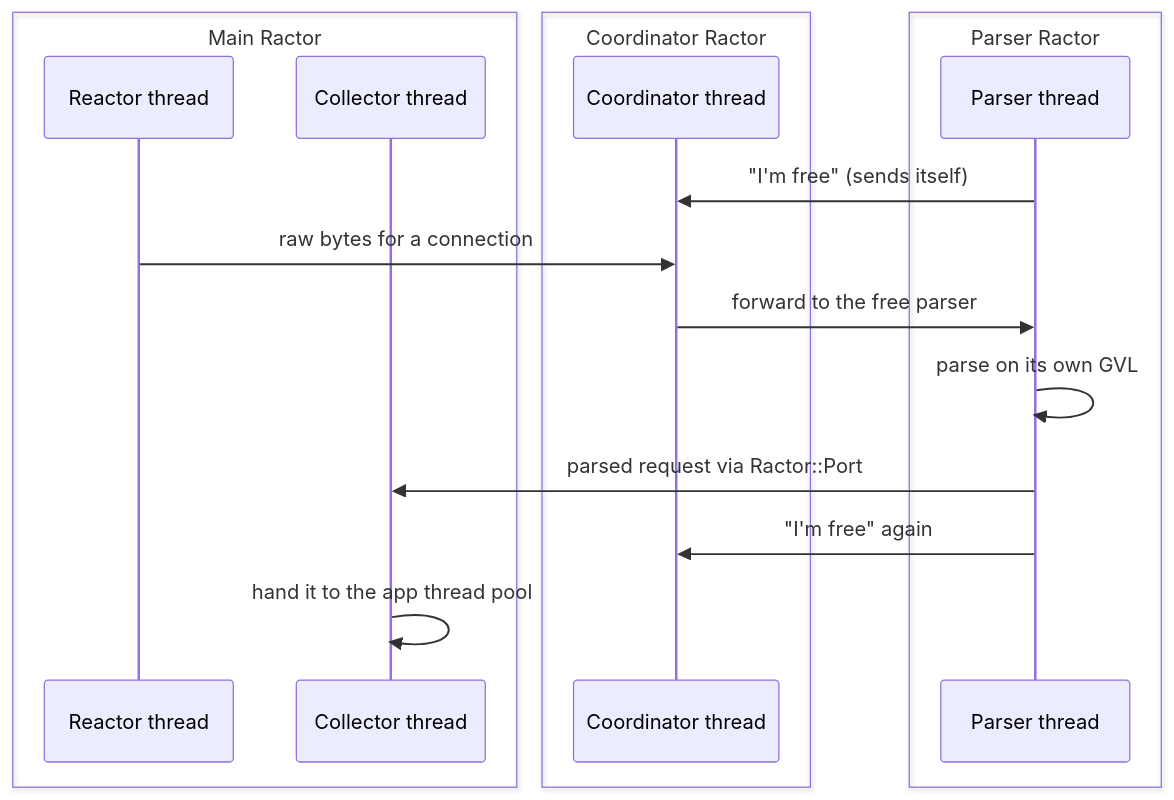
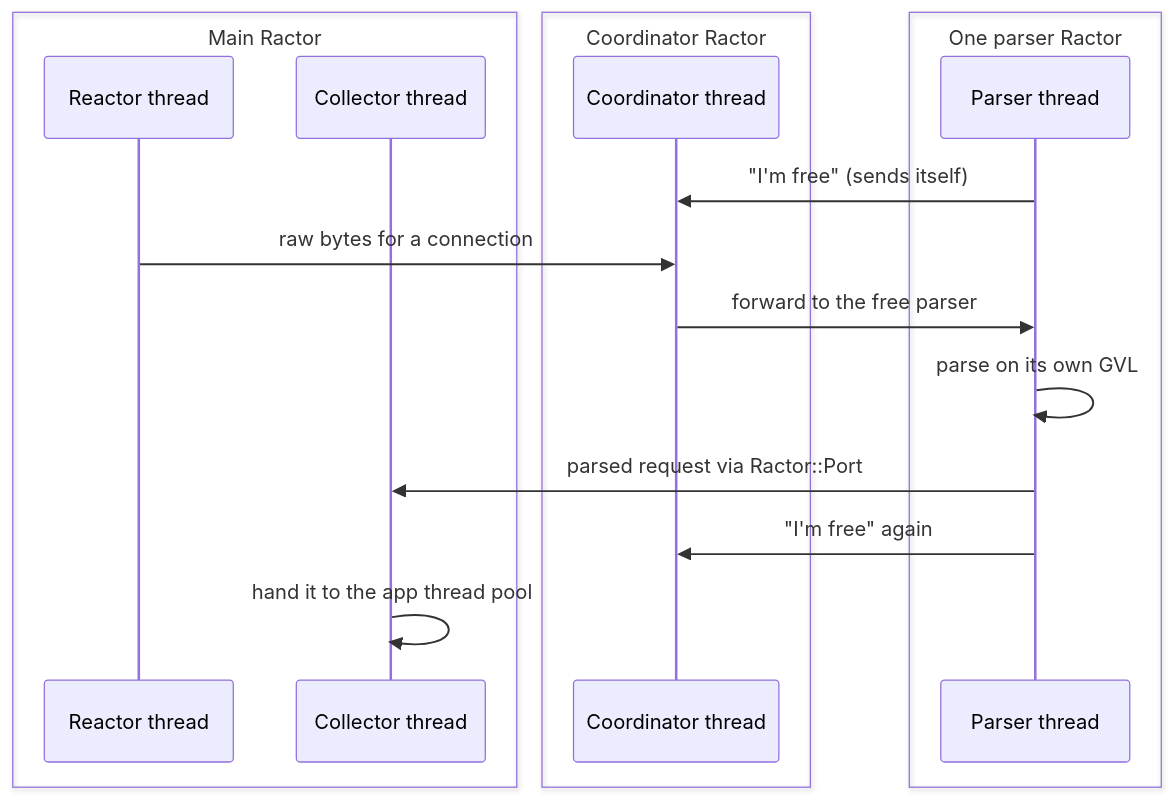
Before and after one commit to joshuay03/raptor: the fourth of 18 diagrams in docs/talk.md, drawn with Mermaid. The commit also changed other lines of this file and 3 other files, not shown here.

````diff
--- a/docs/talk.md
+++ b/docs/talk.md
@@ -375,21 +378,21 @@
 ```mermaid
 sequenceDiagram
     box Main Ractor
         participant R as Reactor thread
         participant L as Collector thread
     end
     box Coordinator Ractor
         participant C as Coordinator thread
     end
-    box Parser Ractor
+    box One parser Ractor
         participant P as Parser thread
     end
 
     P->>C: "I'm free" (sends itself)
     R->>C: raw bytes for a connection
     C->>P: forward to the free parser
     P->>P: parse on its own GVL
     P->>L: parsed request via Ractor::Port
     P->>C: "I'm free" again
     L->>L: hand it to the app thread pool
 ```
````
